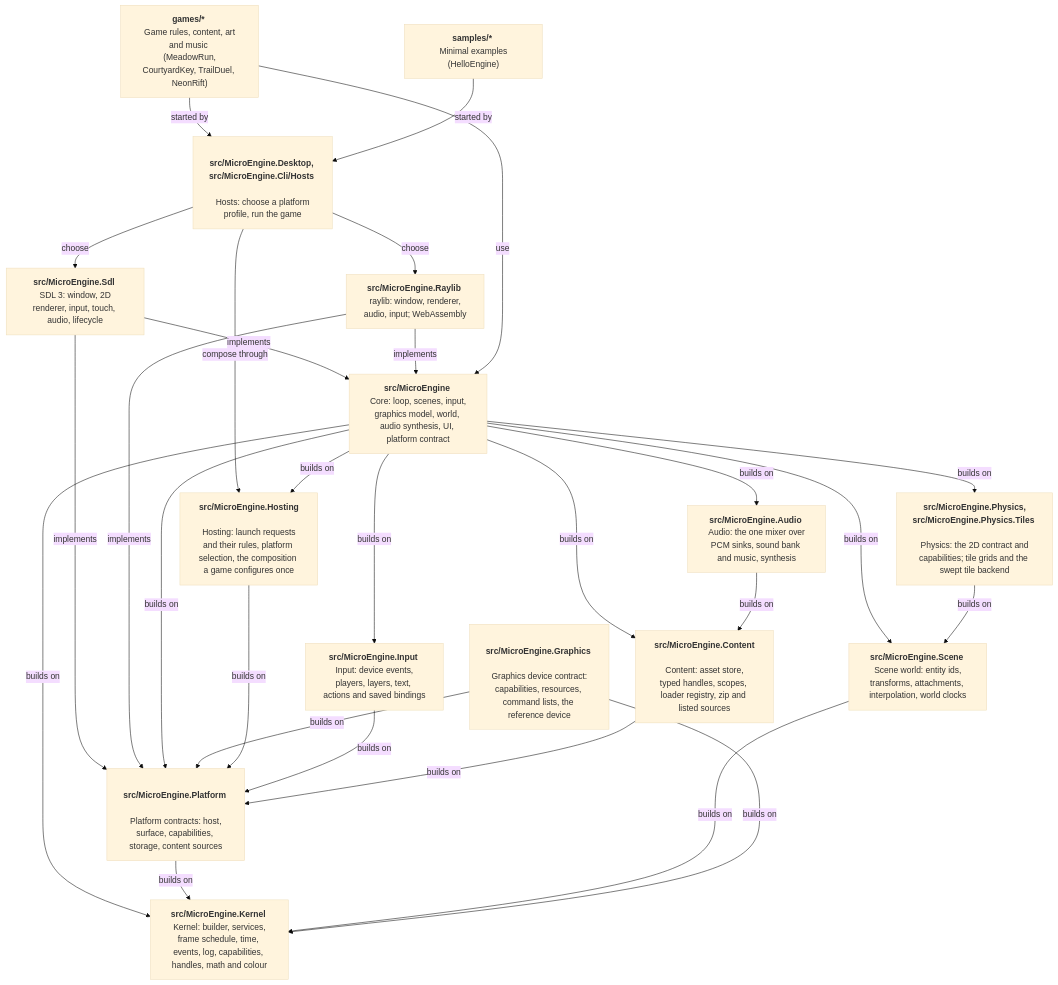
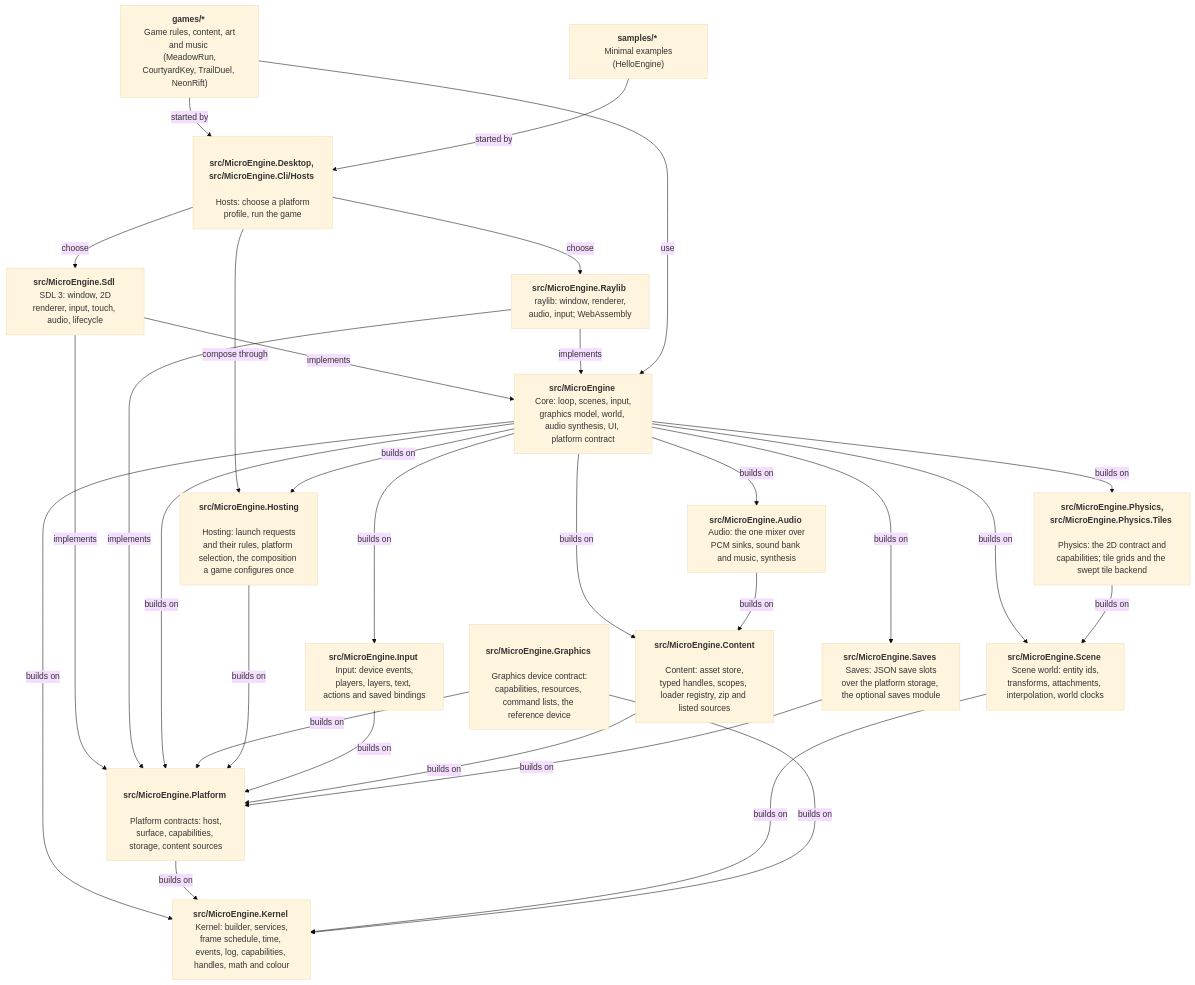
Before and after one commit to NastMz/MicroEngine: the diagram in docs/architecture.md, drawn with Mermaid (base theme). The commit also changed other lines of this file and 27 other files, not shown here.

First line of the commit message:
feat(achievements): achievements as an opt-in engine module declared before composition

````diff
--- a/docs/architecture.md
+++ b/docs/architecture.md
@@ -11,47 +11,50 @@
 ```mermaid
 flowchart TB
   accTitle: Layers
   accDescr: Games and samples start through the hosts, which compose them through hosting and offer the SDL and raylib backends; both implement the platform contract, which builds on the kernel.
   games["<b> games/* </b> <br/> Game rules, content, art and music <br/> (MeadowRun, CourtyardKey, TrailDuel, NeonRift)"]
   samples["<b> samples/* </b> <br/> Minimal examples (HelloEngine)"]
   hosts["<b> src/MicroEngine.Desktop, src/MicroEngine.Cli/Hosts </b> <br/> Hosts: choose a platform profile, run the game"]
   sdl["<b> src/MicroEngine.Sdl </b> <br/> SDL 3: window, 2D renderer, input, touch, audio, lifecycle"]
   raylib["<b> src/MicroEngine.Raylib </b> <br/> raylib: window, renderer, audio, input; WebAssembly"]
   core["<b> src/MicroEngine </b> <br/> Core: loop, scenes, input, graphics model, world, audio synthesis, UI, platform contract"]
   platform["<b> src/MicroEngine.Platform </b> <br/> Platform contracts: host, surface, capabilities, storage, content sources"]
   graphics["<b> src/MicroEngine.Graphics </b> <br/> Graphics device contract: capabilities, resources, command lists, the reference device"]
   input["<b> src/MicroEngine.Input </b> <br/> Input: device events, players, layers, text, actions and saved bindings"]
   hosting["<b> src/MicroEngine.Hosting </b> <br/> Hosting: launch requests and their rules, platform selection, the composition a game configures once"]
   content["<b> src/MicroEngine.Content </b> <br/> Content: asset store, typed handles, scopes, loader registry, zip and listed sources"]
   audio["<b> src/MicroEngine.Audio </b> <br/> Audio: the one mixer over PCM sinks, sound bank and music, synthesis"]
   scene["<b> src/MicroEngine.Scene </b> <br/> Scene world: entity ids, transforms, attachments, interpolation, world clocks"]
   physics["<b> src/MicroEngine.Physics, src/MicroEngine.Physics.Tiles </b> <br/> Physics: the 2D contract and capabilities; tile grids and the swept tile backend"]
+  saves["<b> src/MicroEngine.Saves </b> <br/> Saves: JSON save slots over the platform storage, the optional saves module"]
   kernel["<b> src/MicroEngine.Kernel </b> <br/> Kernel: builder, services, frame schedule, time, events, log, capabilities, handles, math and colour"]
   games -- started by --> hosts
   samples -- started by --> hosts
   hosts -- choose --> sdl
   hosts -- choose --> raylib
   hosts -- compose through --> hosting
   sdl -- implements --> core
   raylib -- implements --> core
   sdl -- implements --> platform
   raylib -- implements --> platform
   games -- use --> core
   core -- builds on --> platform
   core -- builds on --> kernel
   platform -- builds on --> kernel
   core -- builds on --> scene
   scene -- builds on --> kernel
   core -- builds on --> physics
   physics -- builds on --> scene
   graphics -- builds on --> platform
   graphics -- builds on --> kernel
   core -- builds on --> hosting
   hosting -- builds on --> platform
   core -- builds on --> input
   input -- builds on --> platform
   core -- builds on --> content
   content -- builds on --> platform
   core -- builds on --> audio
   audio -- builds on --> content
+  core -- builds on --> saves
+  saves -- builds on --> platform
 ```
````
